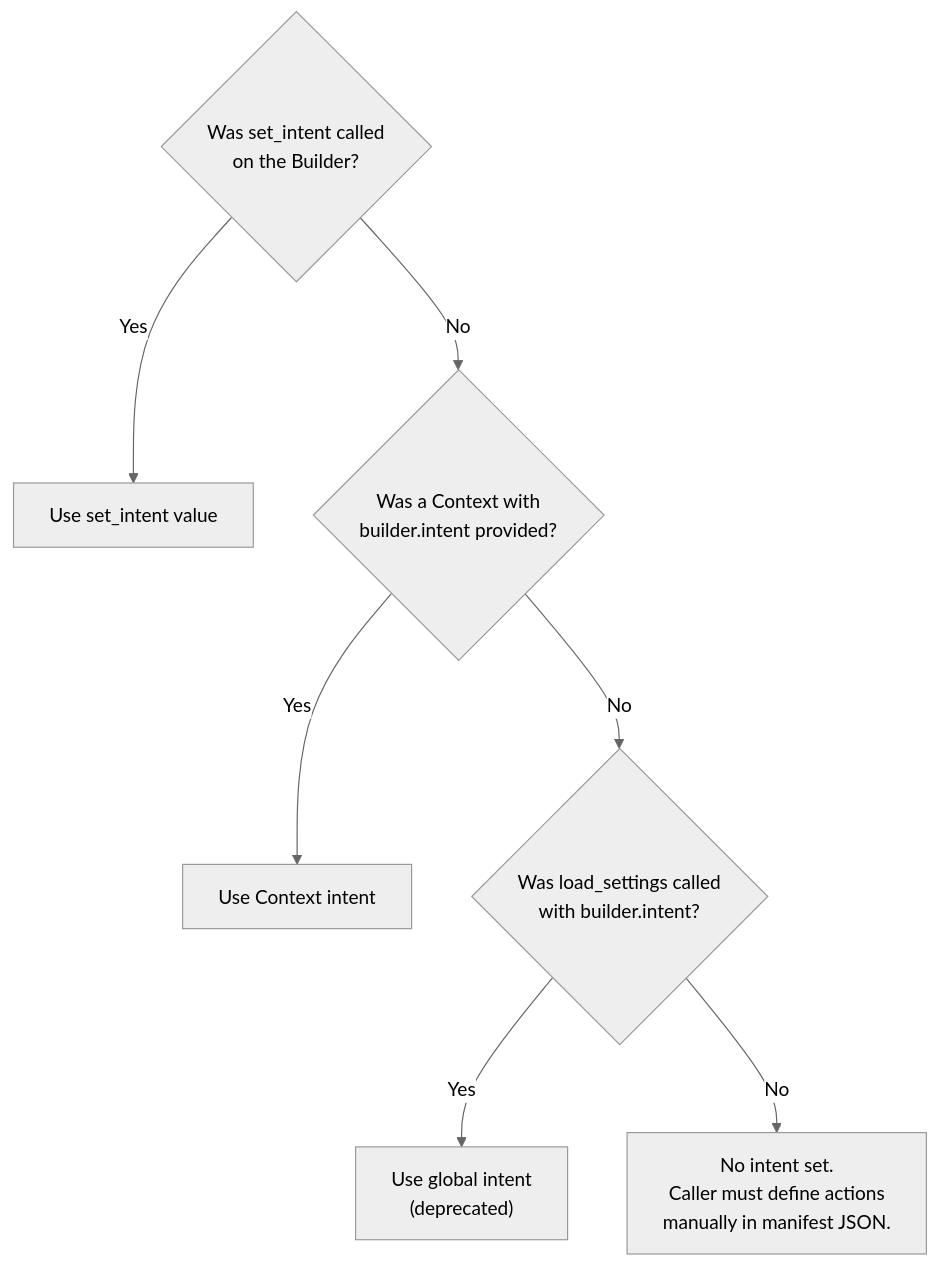
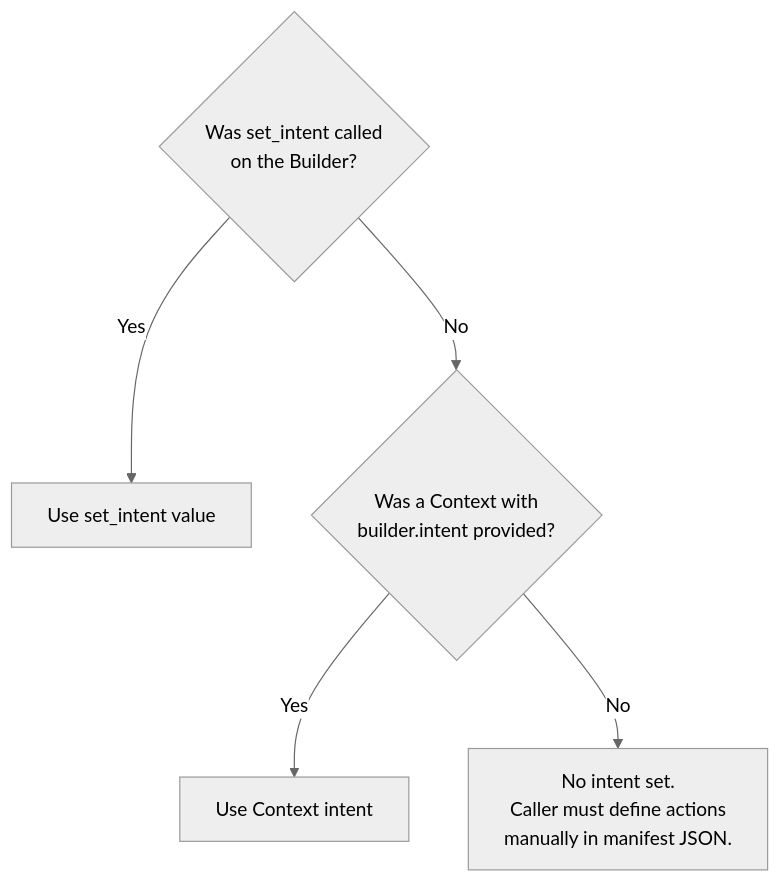
One commit to contentauth/c2pa-cpp changed the first of 6 diagrams in docs/intents.md. Above: the diagram before and after it, drawn with Mermaid (neutral theme). The commit also changed other lines of this file and 17 other files, not shown here.

````diff
--- a/docs/intents.md
+++ b/docs/intents.md
@@ -107,16 +107,12 @@
 ```mermaid
 flowchart TD
     Check{Was set_intent called
     on the Builder?}
     Check --> |Yes| UseSetIntent["Use set_intent value"]
     Check --> |No| CheckCtx{Was a Context with
     builder.intent provided?}
     CheckCtx --> |Yes| UseCtx["Use Context intent"]
-    CheckCtx --> |No| CheckGlobal{Was load_settings called
-    with builder.intent?}
-    CheckGlobal --> |Yes| UseGlobal["Use global intent
-    (deprecated)"]
-    CheckGlobal --> |No| NoIntent["No intent set.
+    CheckCtx --> |No| NoIntent["No intent set.
     Caller must define actions
     manually in manifest JSON."]
 ```
````
